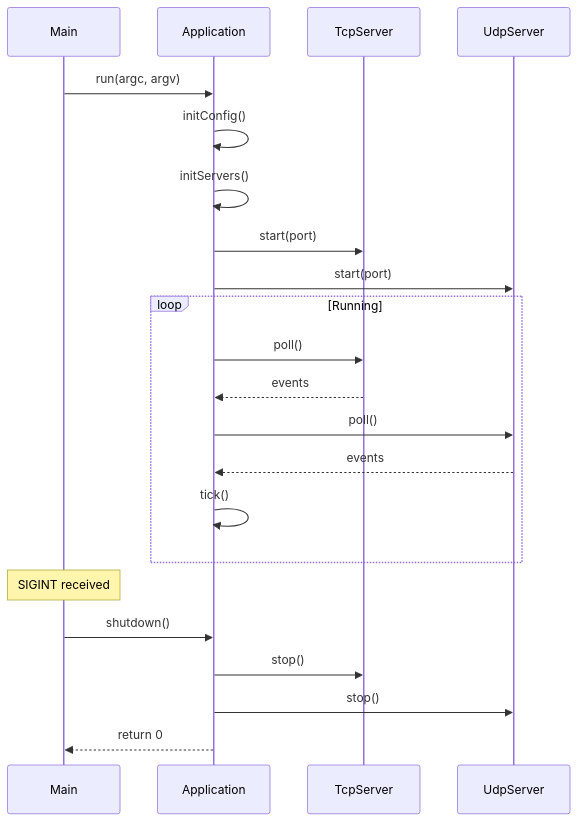
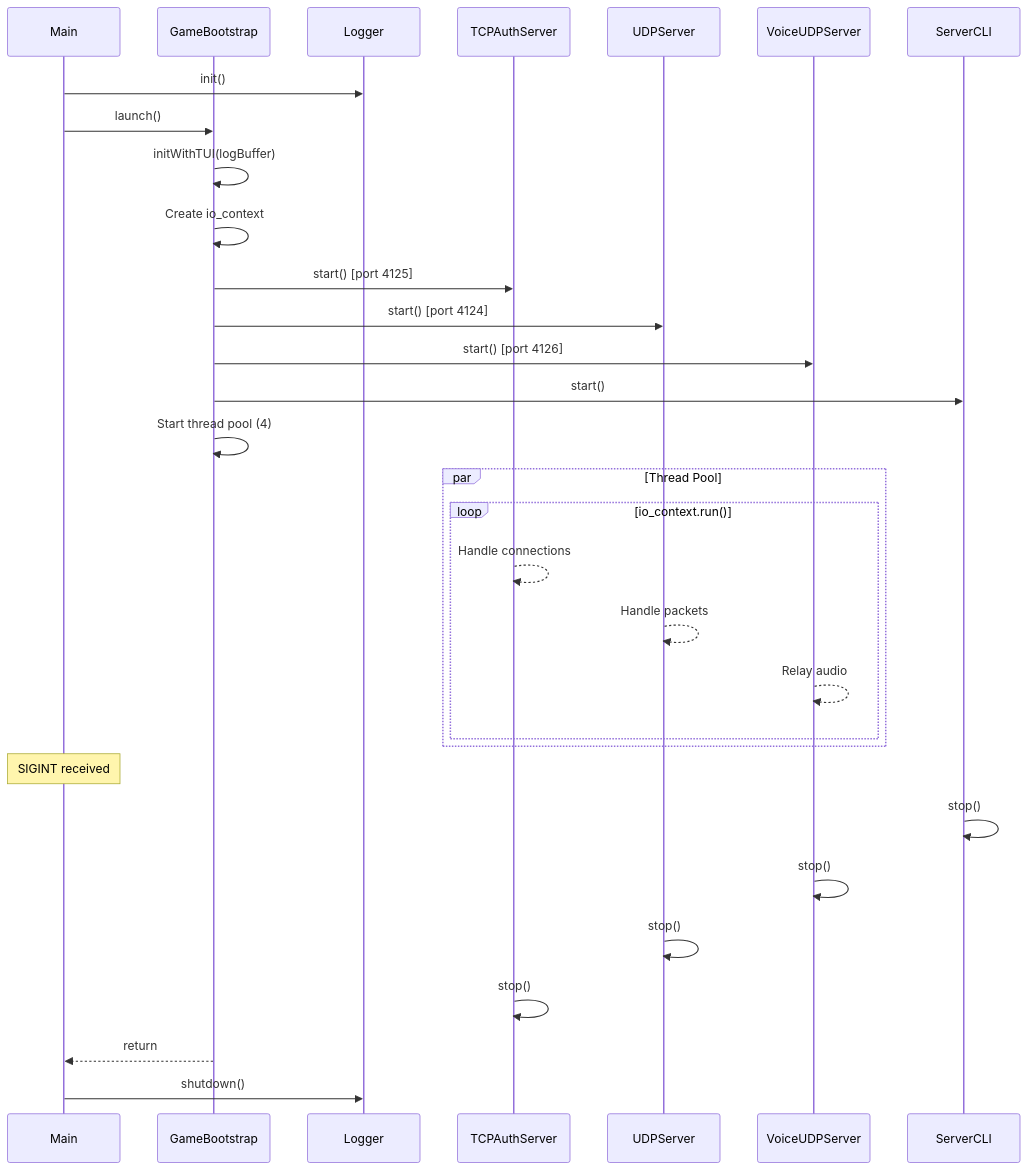
One commit to ChrisG-L/rtype changed the second of 2 diagrams in docs/api/serveur/application.md. Above: the diagram before and after it, drawn with Mermaid. The commit also changed other lines of this file and 29 other files, not shown here.

````diff
--- a/docs/api/serveur/application.md
+++ b/docs/api/serveur/application.md
@@ -204,27 +223,41 @@
 ```mermaid
 sequenceDiagram
     participant Main
-    participant App as Application
-    participant TCP as TcpServer
-    participant UDP as UdpServer
+    participant Bootstrap as GameBootstrap
+    participant Logger
+    participant TCP as TCPAuthServer
+    participant UDP as UDPServer
+    participant Voice as VoiceUDPServer
+    participant CLI as ServerCLI
 
-    Main->>App: run(argc, argv)
-    App->>App: initConfig()
-    App->>App: initServers()
-    App->>TCP: start(port)
-    App->>UDP: start(port)
+    Main->>Logger: init()
+    Main->>Bootstrap: launch()
 
-    loop Running
-        App->>TCP: poll()
-        TCP-->>App: events
-        App->>UDP: poll()
-        UDP-->>App: events
-        App->>App: tick()
+    Bootstrap->>Bootstrap: initWithTUI(logBuffer)
+    Bootstrap->>Bootstrap: Create io_context
+
+    Bootstrap->>TCP: start() [port 4125]
+    Bootstrap->>UDP: start() [port 4124]
+    Bootstrap->>Voice: start() [port 4126]
+
+    Bootstrap->>CLI: start()
+    Bootstrap->>Bootstrap: Start thread pool (4)
+
+    par Thread Pool
+        loop io_context.run()
+            TCP-->>TCP: Handle connections
+            UDP-->>UDP: Handle packets
+            Voice-->>Voice: Relay audio
+        end
     end
 
     Note over Main: SIGINT received
-    Main->>App: shutdown()
-    App->>TCP: stop()
-    App->>UDP: stop()
-    App-->>Main: return 0
+
+    CLI->>CLI: stop()
+    Voice->>Voice: stop()
+    UDP->>UDP: stop()
+    TCP->>TCP: stop()
+
+    Bootstrap-->>Main: return
+    Main->>Logger: shutdown()
 ```
````
